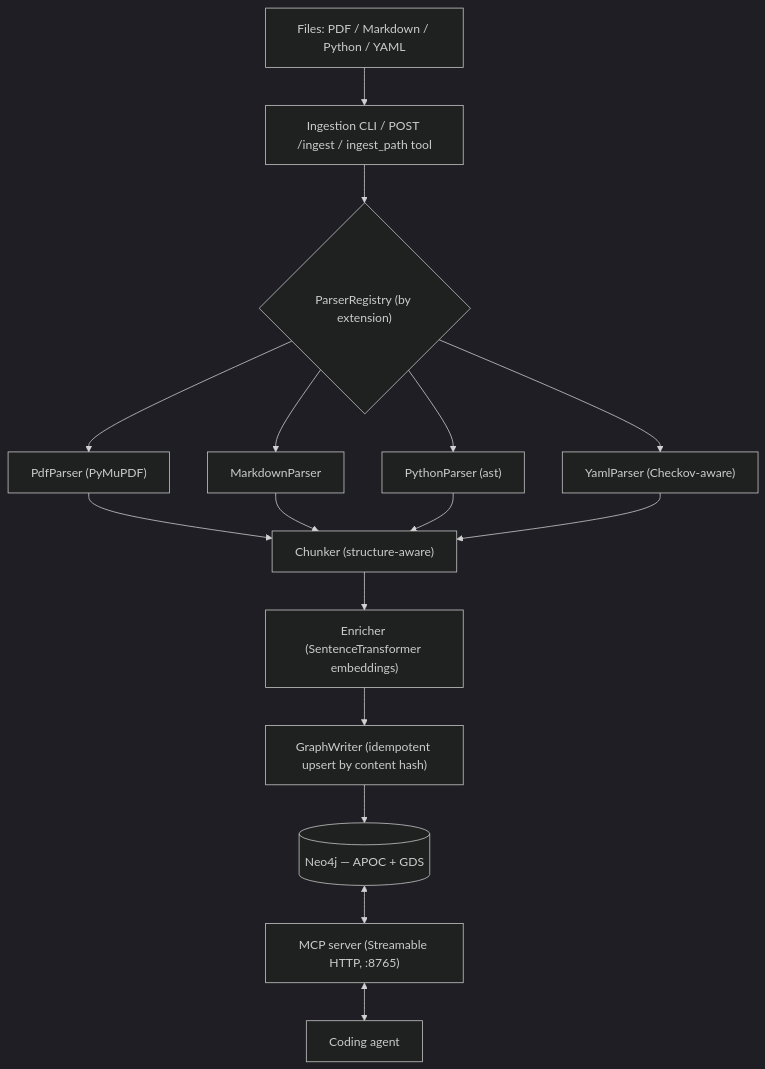
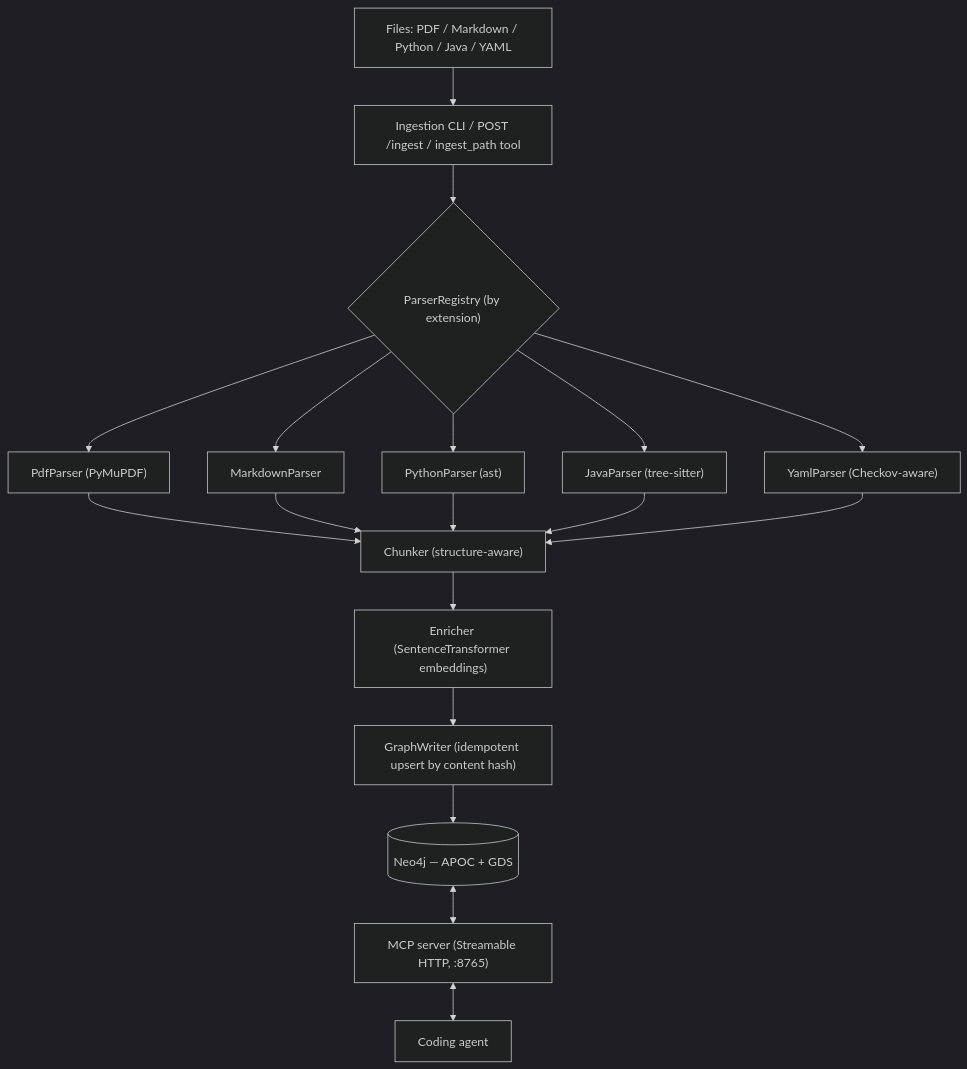
One commit to tmustafiz/graph-rag changed the diagram in docs/ARCHITECTURE.md. Above: the diagram before and after it, drawn with Mermaid (dark theme). The commit also changed other lines of this file and 11 other files, not shown here.

First line of the commit message:
Java source parser (.java → CodeEntity + CALLS/IMPORTS) (#68)

````diff
--- a/docs/ARCHITECTURE.md
+++ b/docs/ARCHITECTURE.md
@@ -14,18 +14,20 @@
 ```mermaid
 flowchart TD
-    A["Files: PDF / Markdown / Python / YAML"] --> B["Ingestion CLI / POST /ingest / ingest_path tool"]
+    A["Files: PDF / Markdown / Python / Java / YAML"] --> B["Ingestion CLI / POST /ingest / ingest_path tool"]
     B --> C{"ParserRegistry (by extension)"}
     C --> C1["PdfParser (PyMuPDF)"]
     C --> C2["MarkdownParser"]
     C --> C3["PythonParser (ast)"]
-    C --> C4["YamlParser (Checkov-aware)"]
+    C --> C4["JavaParser (tree-sitter)"]
+    C --> C5["YamlParser (Checkov-aware)"]
     C1 --> D["Chunker (structure-aware)"]
     C2 --> D
     C3 --> D
     C4 --> D
+    C5 --> D
     D --> E["Enricher (SentenceTransformer embeddings)"]
     E --> F["GraphWriter (idempotent upsert by content hash)"]
     F --> G[("Neo4j — APOC + GDS")]
     G <--> H["MCP server (Streamable HTTP, :8765)"]
     H <--> I["Coding agent"]
 ```
````
